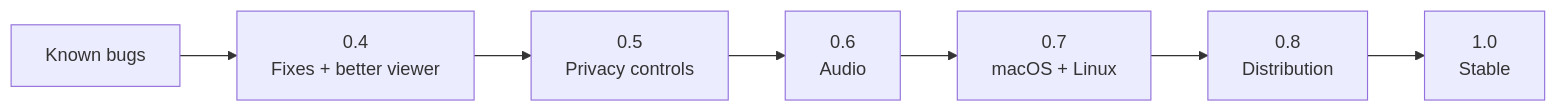
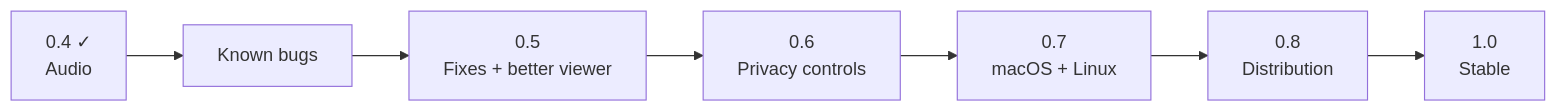
The diagram in docs/roadmap.md (gventino/peeroxide), drawn with Mermaid before and after one commit. The commit also changed other lines of this file and 3 other files, not shown here.

````diff
--- a/docs/roadmap.md
+++ b/docs/roadmap.md
@@ -5,9 +5,9 @@
 ```mermaid
 flowchart LR
-    B["Known bugs"] --> V04["0.4<br/>Fixes + better viewer"]
-    V04 --> V05["0.5<br/>Privacy controls"]
-    V05 --> V06["0.6<br/>Audio"]
+    V04["0.4 ✓<br/>Audio"] --> B["Known bugs"]
+    B --> V05["0.5<br/>Fixes + better viewer"]
+    V05 --> V06["0.6<br/>Privacy controls"]
     V06 --> V07["0.7<br/>macOS + Linux"]
     V07 --> V08["0.8<br/>Distribution"]
     V08 --> V10["1.0<br/>Stable"]
 ```
````
